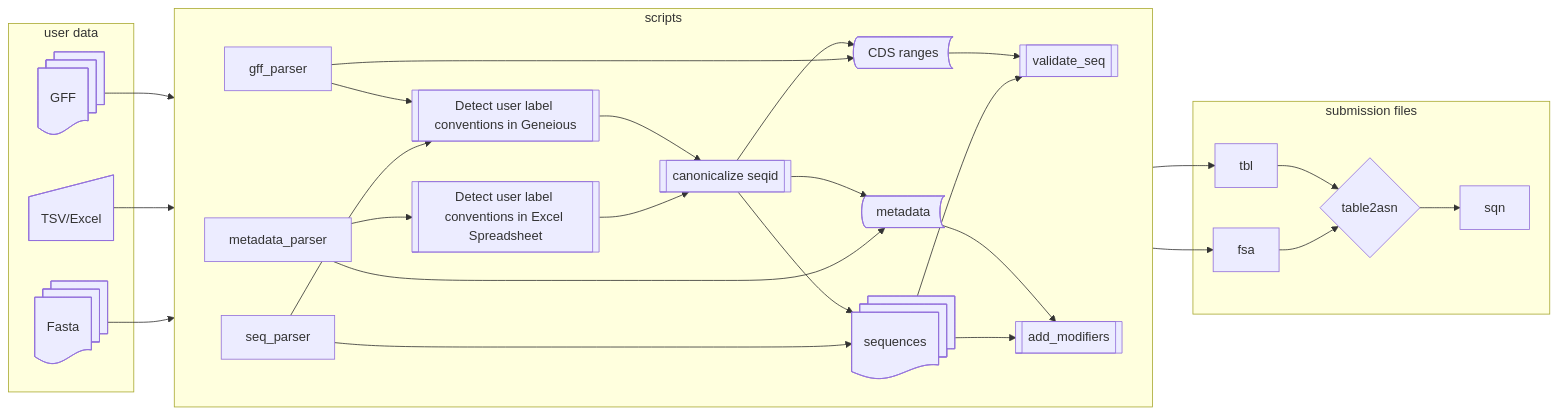
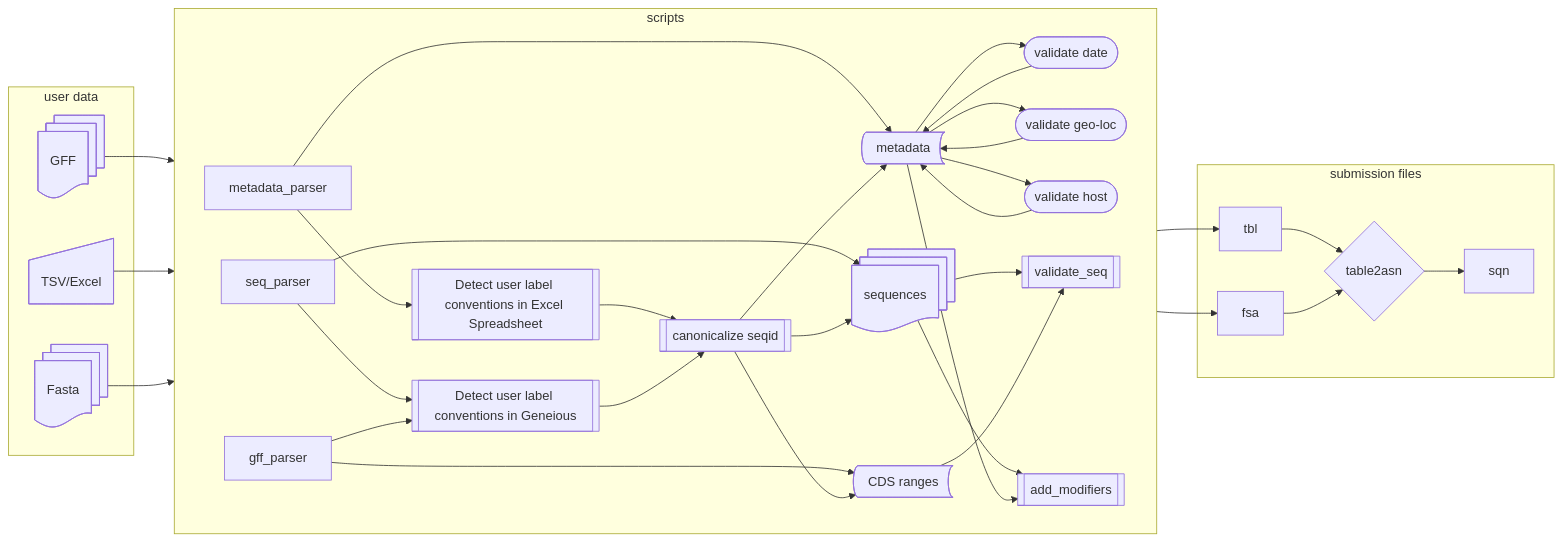
One commit to meekrob/mayo-lab-genbank changed the diagram in README.md. Above: the diagram before and after it, drawn with Mermaid. The commit also changed other lines of this file, not shown here.

Commit message:
Add validation steps to graph

````diff
--- a/README.md
+++ b/README.md
@@ -8,62 +9,76 @@
 ```mermaid
 graph LR;
     user_annot@{ shape: manual-input, label: "TSV/Excel" }
     Fasta@{ shape: docs }
     GFF@{ shape: docs }
     user_variation_geneious@{ shape: subproc, label: "Detect user label conventions in Geneious"}
     user_variation_xl@{ shape: subproc, label: "Detect user label conventions in Excel Spreadsheet"}
     canonical_seqid@{ shape: subproc, label: "canonicalize seqid"}
     add_modifiers@{ shape: subproc}
     validate_seq@{ shape: subproc}
     table2asn@{ shape: diamond}
 
     CDS@{ shape: bow-rect, label: "CDS ranges" }
     sequences@{ shape: docs }
     metadata@{ shape: bow-rect, label: "metadata"}; 
 
     subgraph "user data"
     GFF;
     user_annot;
     Fasta;
     end
 
     
     GFF-->gff_parser;
     user_annot-->metadata_parser;
     Fasta-->seq_parser;
 
 
     subgraph scripts
         direction LR
         seq_parser-->user_variation_geneious;
         seq_parser-->sequences;
         gff_parser-->user_variation_geneious;
         gff_parser-->CDS;
         canonical_seqid-->CDS;
         metadata_parser-->user_variation_xl;
         metadata_parser-->metadata;
+
+        validate_host([validate host])
+        validate_date_format([validate date])
+        validate_geo-loc([validate geo-loc])
+
+        metadata-->validate_date_format;
+        validate_date_format-->metadata;
+
+        metadata-->validate_geo-loc;
+        validate_geo-loc-->metadata;
+
+        metadata-->validate_host;
+        validate_host-->metadata;
+
         canonical_seqid-->metadata;
         canonical_seqid-->sequences;
         user_variation_xl-->canonical_seqid;
         user_variation_geneious-->canonical_seqid;
         sequences-->validate_seq;
         sequences-->add_modifiers;
         CDS-->validate_seq;
         metadata-->add_modifiers;
         
     end
 
     validate_seq-->tbl;
     add_modifiers-->fsa;
     table2asn-->sqn;
     tbl-->table2asn;
     fsa-->table2asn;
 
     subgraph "submission files"
         table2asn
         tbl
         fsa
         sqn
     end
 
 ```
````
